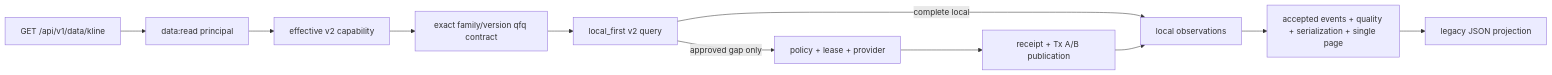
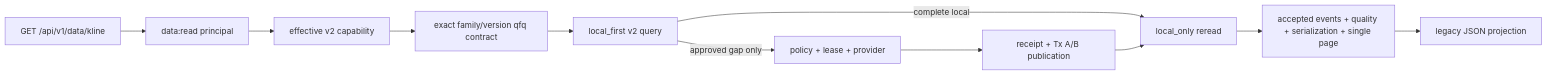
The second of 2 diagrams in docs/iterations/迭代197-本地优先市场数据中台/DESIGN.md (cloudQuant/backtrader_web), drawn with Mermaid before and after one commit. The commit also changed other lines of this file and 38 other files, not shown here.

````diff
--- a/docs/iterations/迭代197-本地优先市场数据中台/DESIGN.md
+++ b/docs/iterations/迭代197-本地优先市场数据中台/DESIGN.md
@@ -268,13 +268,13 @@
 ```mermaid
 flowchart LR
   L[GET /api/v1/data/kline] --> A[data:read principal]
   A --> C[effective v2 capability]
   C --> X[exact family/version qfq contract]
   X --> Q[local_first v2 query]
-  Q -->|complete local| R[local observations]
+  Q -->|complete local| R[local_only reread]
   Q -->|approved gap only| P[policy + lease + provider]
   P --> W[receipt + Tx A/B publication]
   W --> R
   R --> V[accepted events + quality + serialization + single page]
   V --> O[legacy JSON projection]
 ```
````
